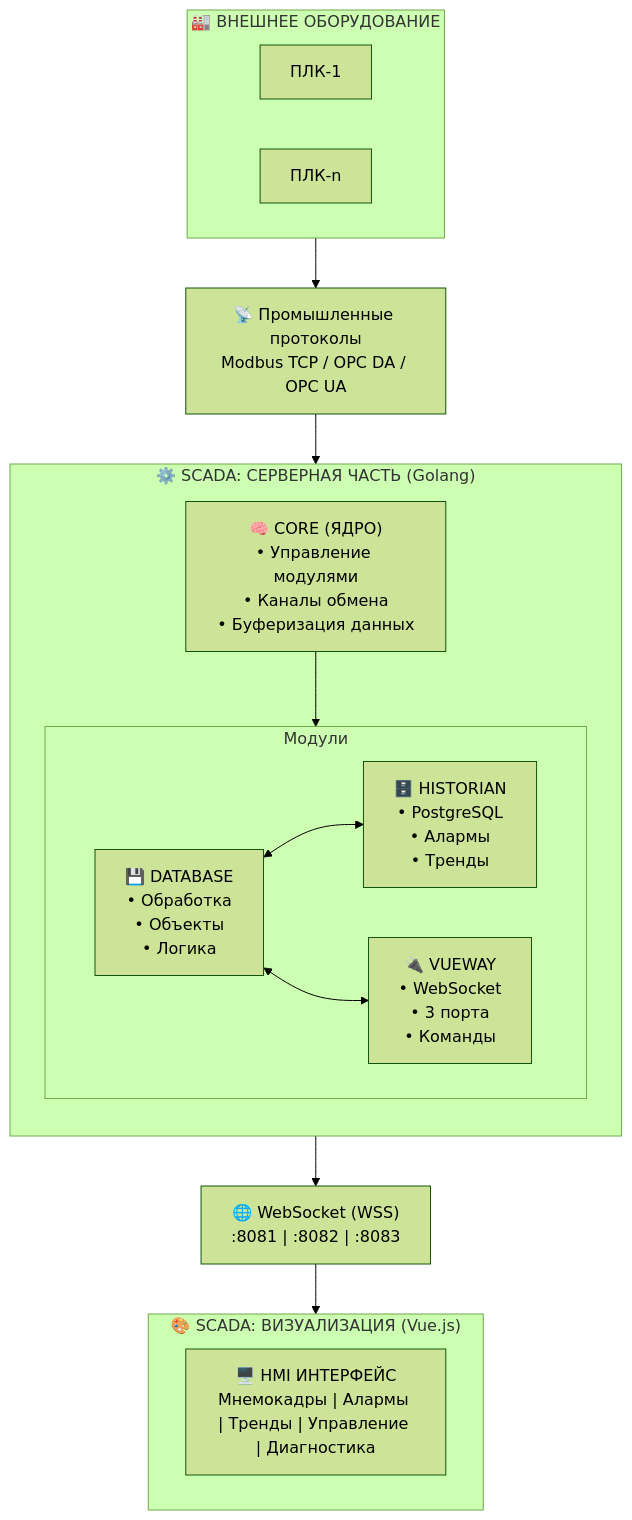
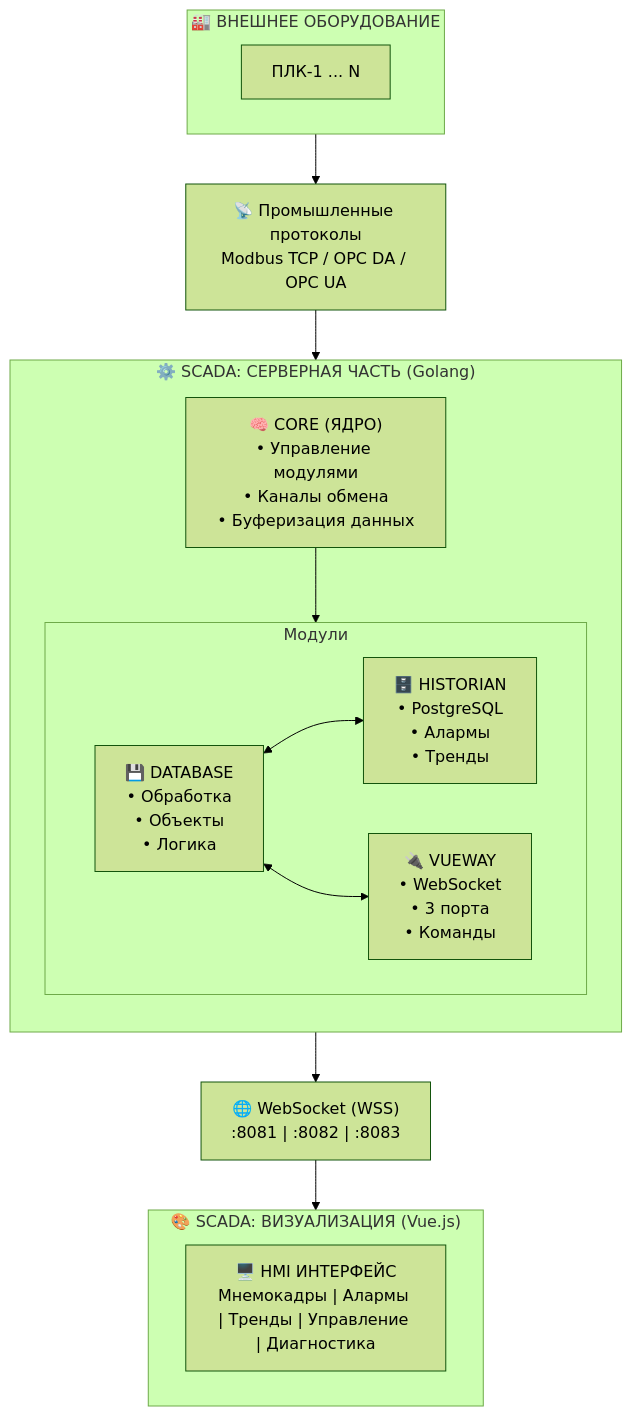
One commit to PolinaSvet/scada changed the diagram in README.md. Above: the diagram before and after it, drawn with Mermaid (forest theme). The commit also changed other lines of this file, not shown here.

````diff
--- a/README.md
+++ b/README.md
@@ -104,35 +104,34 @@
 ```mermaid
 flowchart TB
     subgraph PLC["🏭 ВНЕШНЕЕ ОБОРУДОВАНИЕ"]
         direction LR
-        PLK1["ПЛК-1"]
-        PLKn["ПЛК-n"]
+        PLK["ПЛК-1 ... N"]
     end
 
     Protocols["📡 Промышленные протоколы<br>Modbus TCP / OPC DA / OPC UA"]
 
     subgraph Backend["⚙️ SCADA: СЕРВЕРНАЯ ЧАСТЬ (Golang)"]
         direction TB
         Core["🧠 CORE (ЯДРО)<br>• Управление модулями<br>• Каналы обмена<br>• Буферизация данных"]
         
         subgraph Modules["Модули"]
             direction LR
             Database["💾 DATABASE<br>• Обработка<br>• Объекты<br>• Логика"]
             Historian["🗄️ HISTORIAN<br>• PostgreSQL<br>• Алармы<br>• Тренды"]
             VueWay["🔌 VUEWAY<br>• WebSocket<br>• 3 порта<br>• Команды"]
         end
     end
 
     WebSocket["🌐 WebSocket (WSS)<br>:8081 | :8082 | :8083"]
 
     subgraph Frontend["🎨 SCADA: ВИЗУАЛИЗАЦИЯ (Vue.js)"]
         HMI["🖥️ HMI ИНТЕРФЕЙС<br>Мнемокадры | Алармы | Тренды | Управление | Диагностика"]
     end
 
     %% Связи
     PLC --> Protocols --> Backend
     Core --> Modules
     Database <--> Historian
     Database <--> VueWay
     Backend --> WebSocket --> Frontend
 ```
````
